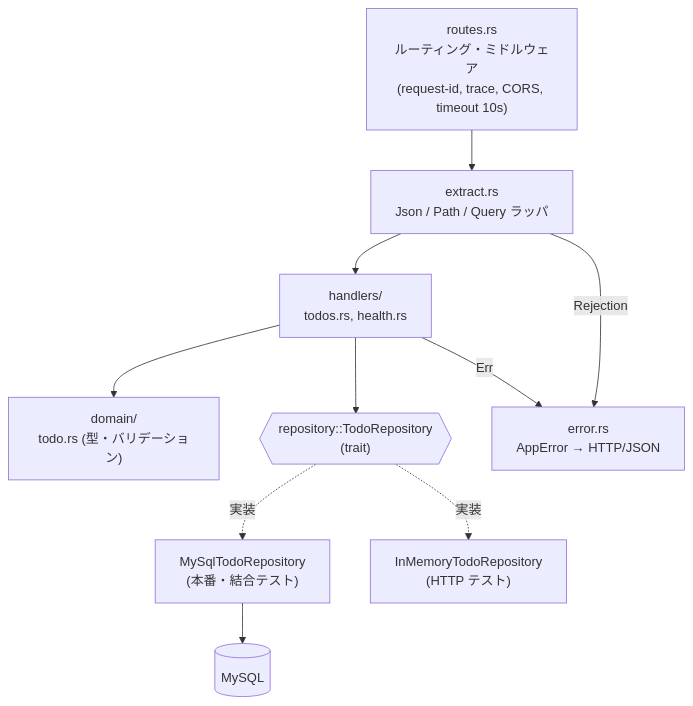
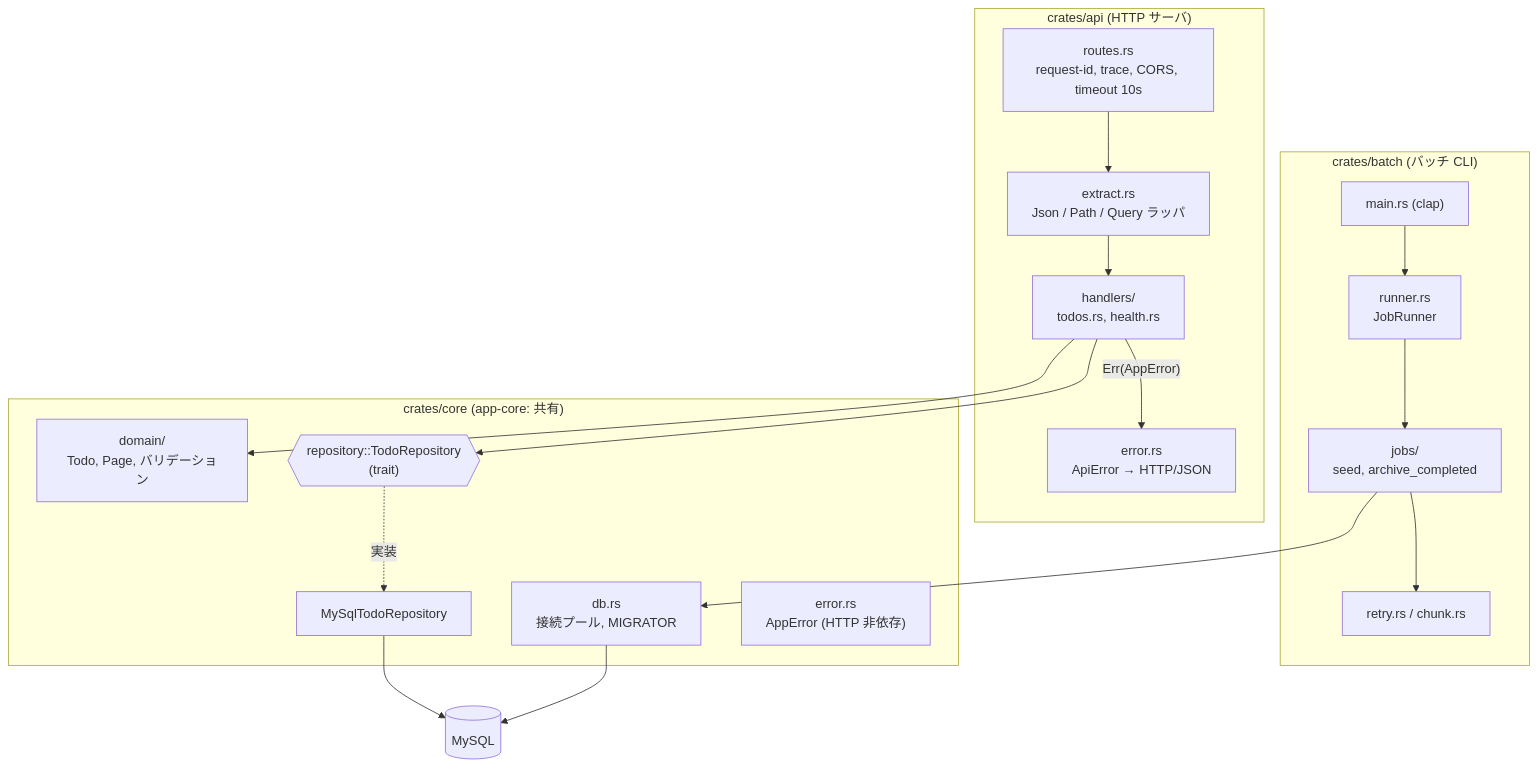
One commit to ktaishi/rust-next-voiler changed the ninth of 15 diagrams in README.md. Above: the diagram before and after it, drawn with Mermaid. The commit also changed other lines of this file and 53 other files, not shown here.

````diff
--- a/README.md
+++ b/README.md
@@ -267,21 +346,34 @@
 ```mermaid
 flowchart TB
-    R["routes.rs<br/>ルーティング・ミドルウェア<br/>(request-id, trace, CORS, timeout 10s)"]
-    X["extract.rs<br/>Json / Path / Query ラッパ"]
-    H["handlers/<br/>todos.rs, health.rs"]
-    D["domain/<br/>todo.rs (型・バリデーション)"]
-    T{{"repository::TodoRepository<br/>(trait)"}}
-    M["MySqlTodoRepository<br/>(本番・結合テスト)"]
-    I["InMemoryTodoRepository<br/>(HTTP テスト)"]
-    E["error.rs<br/>AppError → HTTP/JSON"]
+    subgraph api["crates/api (HTTP サーバ)"]
+        R["routes.rs<br/>request-id, trace, CORS, timeout 10s"]
+        X["extract.rs<br/>Json / Path / Query ラッパ"]
+        H["handlers/<br/>todos.rs, health.rs"]
+        AE["error.rs<br/>ApiError → HTTP/JSON"]
+    end
+    subgraph batch["crates/batch (バッチ CLI)"]
+        CLI["main.rs (clap)"]
+        RUN["runner.rs<br/>JobRunner"]
+        JOBS["jobs/<br/>seed, archive_completed"]
+        RT["retry.rs / chunk.rs"]
+    end
+    subgraph core["crates/core (app-core: 共有)"]
+        D["domain/<br/>Todo, Page, バリデーション"]
+        T{{"repository::TodoRepository<br/>(trait)"}}
+        M["MySqlTodoRepository"]
+        DBM["db.rs<br/>接続プール, MIGRATOR"]
+        CE["error.rs<br/>AppError (HTTP 非依存)"]
+    end
     DB[(MySQL)]
 
     R --> X --> H
     H --> D
     H --> T
     T -.実装.-> M
-    T -.実装.-> I
+    H -- "Err(AppError)" --> AE
+    CLI --> RUN --> JOBS
+    JOBS --> RT
+    JOBS --> DBM
     M --> DB
-    H -- "Err" --> E
-    X -- "Rejection" --> E
+    DBM --> DB
 ```
````
